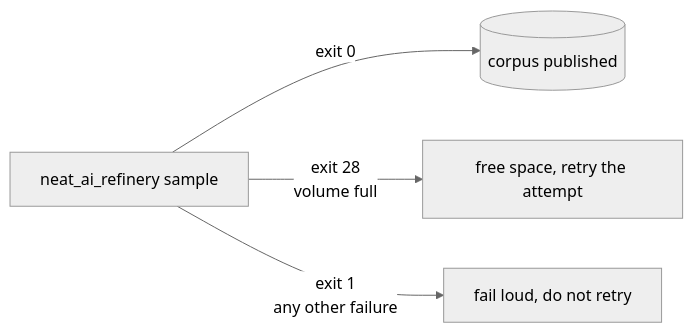
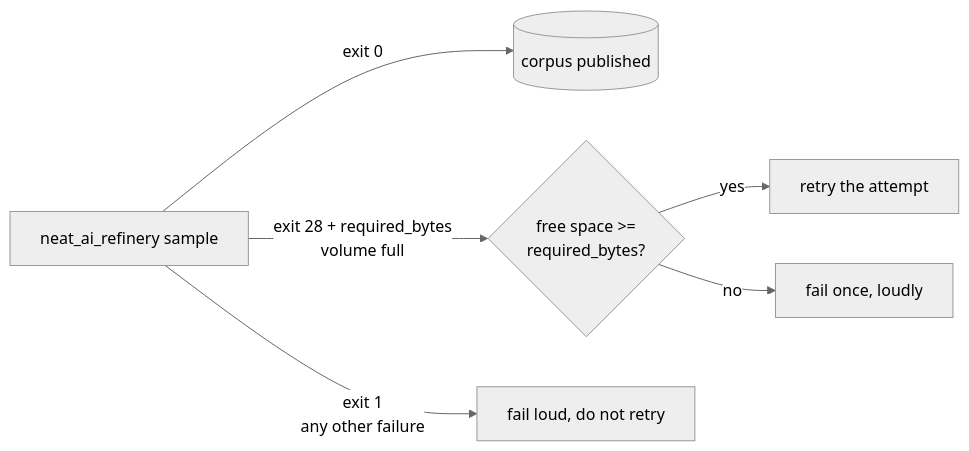
The second of 2 diagrams in docs/grq-integration.md (stSoftwareAU/NEAT-AI-Refinery), drawn with Mermaid (neutral theme) before and after one commit. The commit also changed other lines of this file and 4 other files, not shown here.

First line of the commit message:
🪣 A full volume reports the space another attempt needs (GRQ#4611)

````diff
--- a/docs/grq-integration.md
+++ b/docs/grq-integration.md
@@ -131,6 +131,8 @@
 ```mermaid
 flowchart LR
     R[neat_ai_refinery sample] -->|exit 0| P[(corpus published)]
-    R -->|exit 28<br/>volume full| W[free space, retry the attempt]
+    R -->|exit 28 + required_bytes<br/>volume full| W{free space >=<br/>required_bytes?}
+    W -->|yes| Y[retry the attempt]
+    W -->|no| N[fail once, loudly]
     R -->|exit 1<br/>any other failure| F[fail loud, do not retry]
 ```
````
